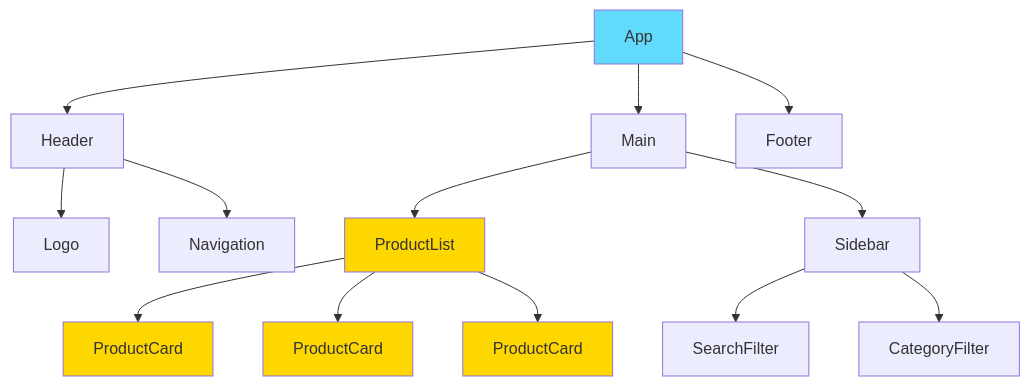
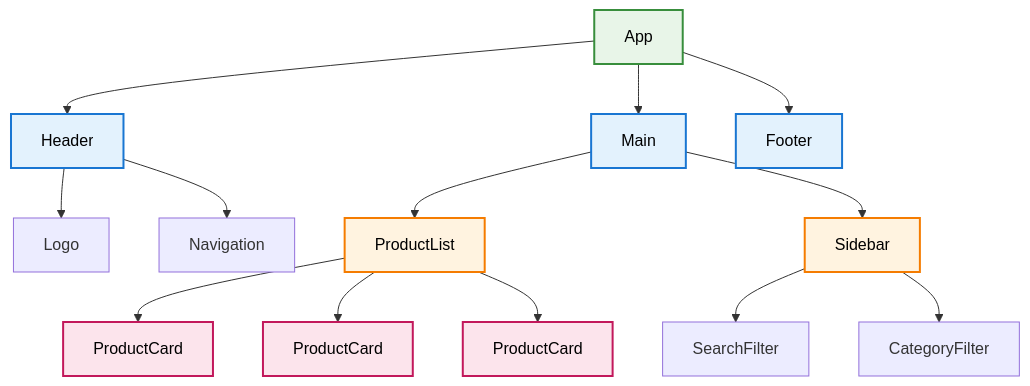
Before and after one commit to Glimakra-Webbutvecklare/kursbok: the first of 2 diagrams in src/kapitel_8/komponenter.md, drawn with Mermaid. The commit also changed other lines of this file and 1 other file, not shown here.

````diff
--- a/src/kapitel_8/komponenter.md
+++ b/src/kapitel_8/komponenter.md
@@ -11,25 +11,29 @@
 ```mermaid
 graph TD
     A[App] --> B[Header]
     A --> C[Main]
     A --> D[Footer]
     
     B --> E[Logo]
     B --> F[Navigation]
     
     C --> G[ProductList]
     C --> H[Sidebar]
     
     G --> I[ProductCard]
     G --> J[ProductCard]
     G --> K[ProductCard]
     
     H --> L[SearchFilter]
     H --> M[CategoryFilter]
 
-    style A fill:#61dafb
-    style G fill:#ffd700
-    style I fill:#ffd700
-    style J fill:#ffd700
-    style K fill:#ffd700
+    style A fill:#e8f5e8,stroke:#388e3c,stroke-width:2px,color:#000
+    style B fill:#e3f2fd,stroke:#1976d2,stroke-width:2px,color:#000
+    style C fill:#e3f2fd,stroke:#1976d2,stroke-width:2px,color:#000
+    style D fill:#e3f2fd,stroke:#1976d2,stroke-width:2px,color:#000
+    style G fill:#fff3e0,stroke:#f57c00,stroke-width:2px,color:#000
+    style H fill:#fff3e0,stroke:#f57c00,stroke-width:2px,color:#000
+    style I fill:#fce4ec,stroke:#c2185b,stroke-width:2px,color:#000
+    style J fill:#fce4ec,stroke:#c2185b,stroke-width:2px,color:#000
+    style K fill:#fce4ec,stroke:#c2185b,stroke-width:2px,color:#000
 ```
````
